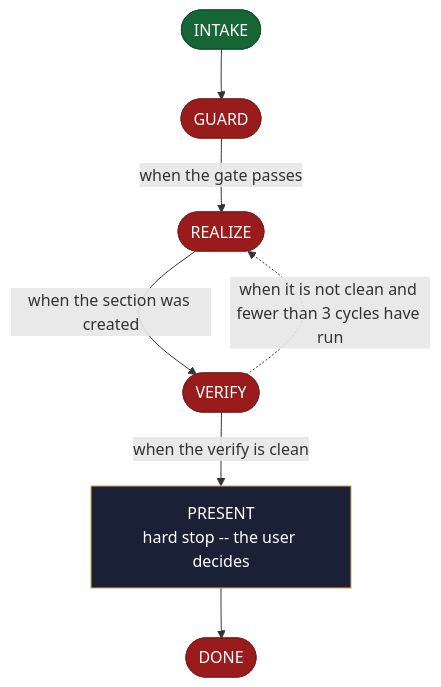
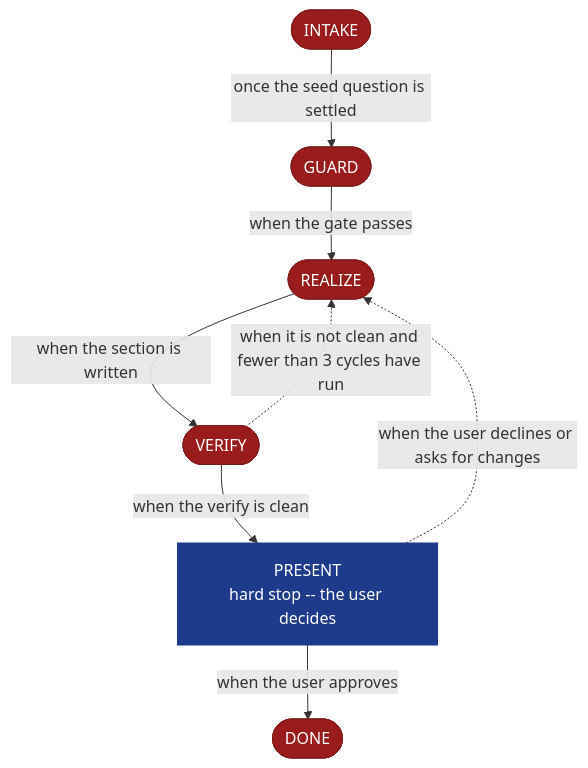
Before and after one commit to AndreVianna/aid-methodology: the diagram in site/src/content/docs/skills/aid-create-mvp.md, drawn with Mermaid. The commit also changed other lines of this file and 253 other files, not shown here.

````diff
--- a/site/src/content/docs/skills/aid-create-mvp.md
+++ b/site/src/content/docs/skills/aid-create-mvp.md
@@ -20,33 +20,34 @@
 ```mermaid
 flowchart TB
   classDef aidNode color:#fff
   classDef aidEntry fill:#166534,stroke:#14532d,color:#fff
   classDef aidExit fill:#991b1b,stroke:#7f1d1d,color:#fff
   classDef aidDecision fill:#92400e,stroke:#78350f,color:#fff
   classDef aidLoopBack fill:#1e3a8a,stroke:#1e3a8a,color:#fff
   classDef aidStep fill:#1a2035,stroke:#d4a853,color:#f1f5f9
   n1(["INTAKE"])
   n2(["GUARD"])
   n3(["REALIZE"])
   n4(["VERIFY"])
   n5["PRESENT<br/>hard stop -- the user decides"]
   n6(["DONE"])
-  n1 --> n2
+  n1 -->|"once the seed question is settled"| n2
   n2 -->|"when the gate passes"| n3
-  n3 -->|"when the section was created"| n4
+  n3 -->|"when the section is written"| n4
   n4 -. "when it is not clean and fewer than 3 cycles have run" .-> n3
   n4 -->|"when the verify is clean"| n5
-  n5 --> n6
-  class n1 aidEntry
+  n5 -. "when the user declines or asks for changes" .-> n3
+  n5 -->|"when the user approves"| n6
+  class n1 aidExit
   class n2 aidExit
   class n3 aidExit
   class n4 aidExit
-  class n5 aidStep
+  class n5 aidLoopBack
   class n6 aidExit
   class n1 aidNode
   class n2 aidNode
   class n3 aidNode
   class n4 aidNode
   class n5 aidNode
   class n6 aidNode
 ```
````
